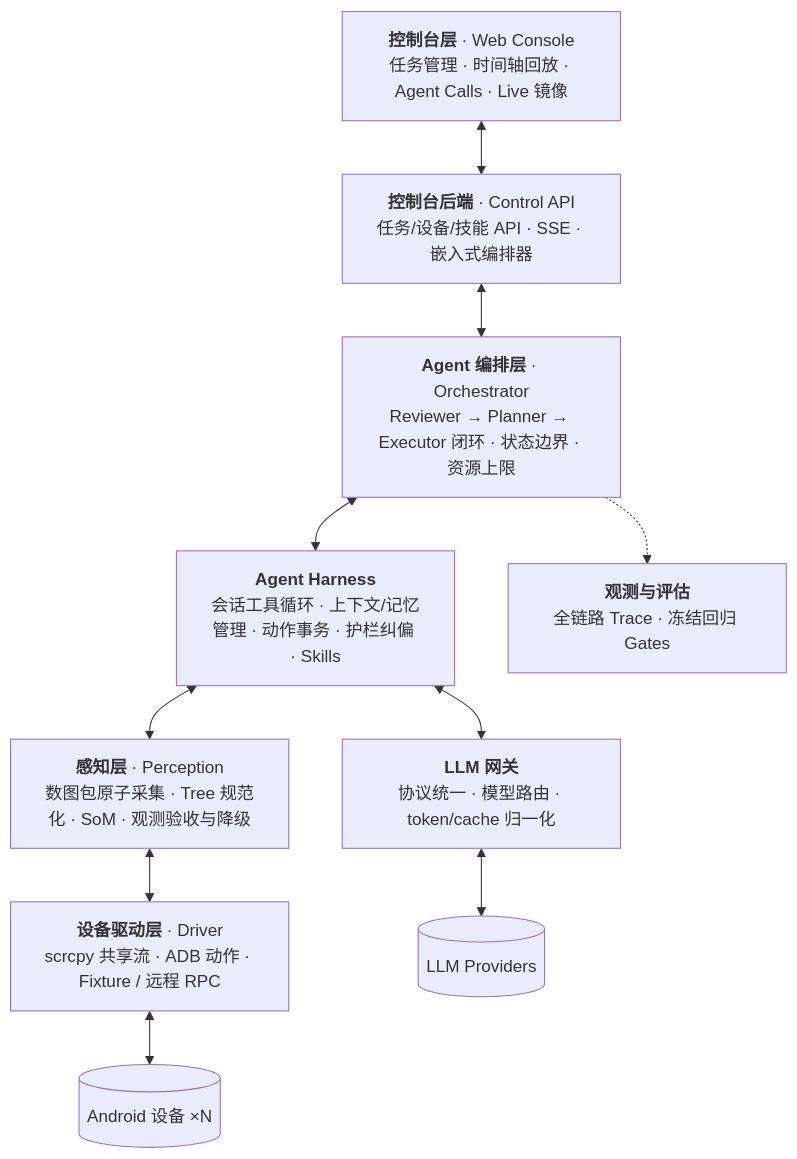
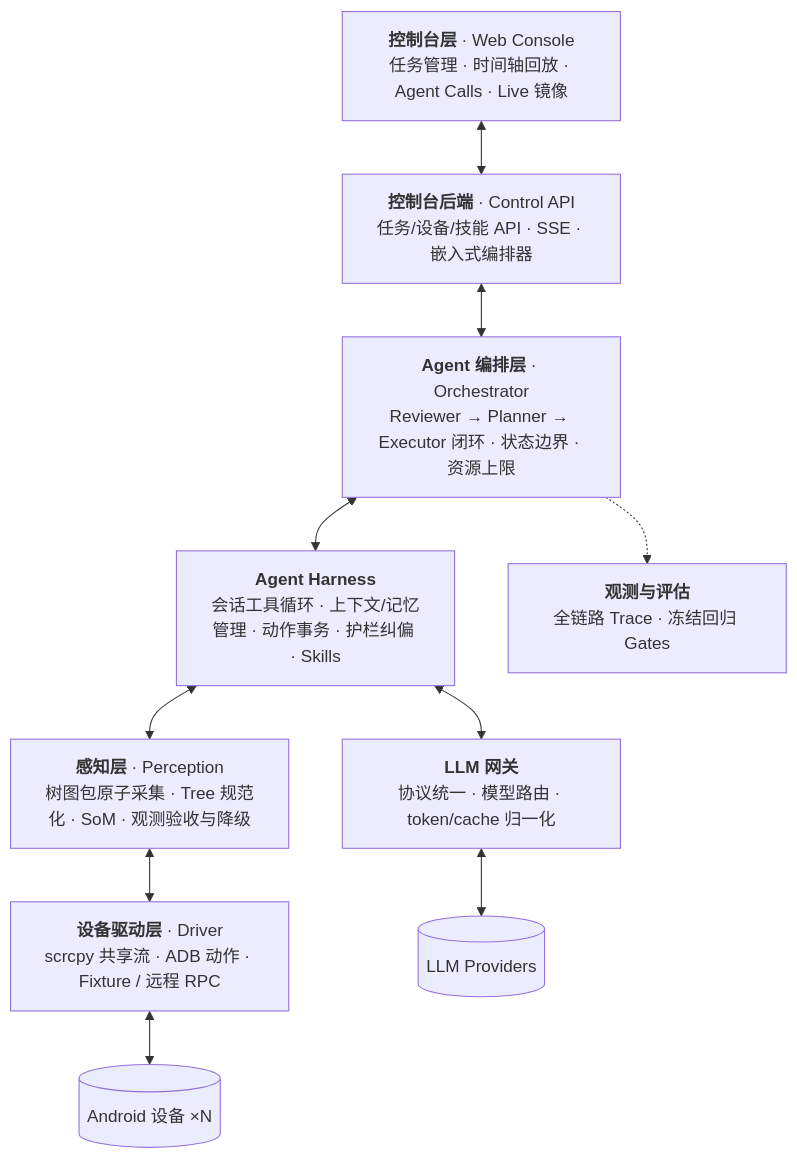
The first of 5 diagrams in README.md (LordRosenberg/ClickClick), drawn with Mermaid before and after one commit. The commit also changed other lines of this file, not shown here.

````diff
--- a/README.md
+++ b/README.md
@@ -13,18 +13,18 @@
 ```mermaid
 flowchart TB
   L7["<b>控制台层</b> · Web Console<br/>任务管理 · 时间轴回放 · Agent Calls · Live 镜像"]
   L6["<b>控制台后端</b> · Control API<br/>任务/设备/技能 API · SSE · 嵌入式编排器"]
   L5["<b>Agent 编排层</b> · Orchestrator<br/>Reviewer → Planner → Executor 闭环 · 状态边界 · 资源上限"]
   L4["<b>Agent Harness</b><br/>会话工具循环 · 上下文/记忆管理 · 动作事务 · 护栏纠偏 · Skills"]
-  L3["<b>感知层</b> · Perception<br/>数图包原子采集 · Tree 规范化 · SoM · 观测验收与降级"]
+  L3["<b>感知层</b> · Perception<br/>树图包原子采集 · Tree 规范化 · SoM · 观测验收与降级"]
   L2["<b>设备驱动层</b> · Driver<br/>scrcpy 共享流 · ADB 动作 · Fixture / 远程 RPC"]
   L1[("Android 设备 ×N")]
 
   GW["<b>LLM 网关</b><br/>协议统一 · 模型路由 · token/cache 归一化"]
   LLM[("LLM Providers")]
   EVAL["<b>观测与评估</b><br/>全链路 Trace · 冻结回归 Gates"]
 
   L7 <--> L6 <--> L5 <--> L4 <--> L3 <--> L2 <--> L1
   L4 <--> GW <--> LLM
   L5 -.-> EVAL
 ```
````
